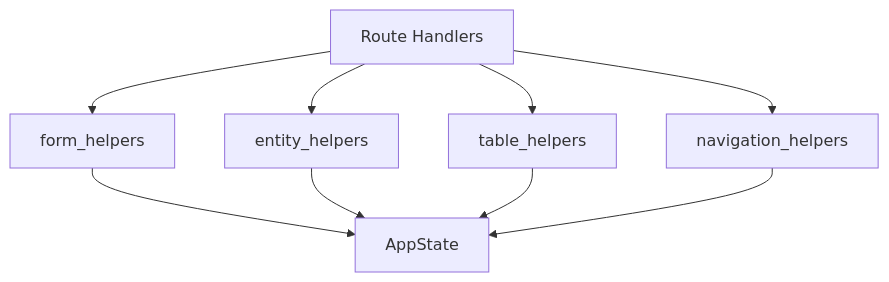
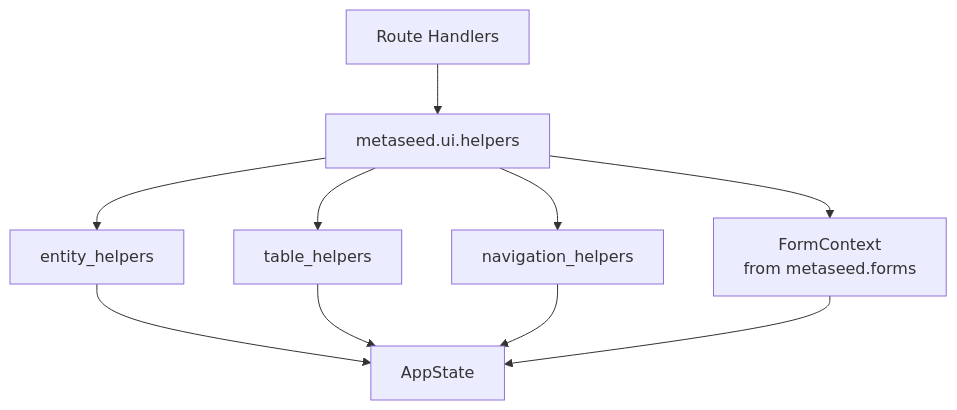
Before and after one commit to sorenwacker/metaseed: the diagram in docs/architecture/ui-helpers.md, drawn with Mermaid. The commit also changed other lines of this file and 32 other files, not shown here.

````diff
--- a/docs/architecture/ui-helpers.md
+++ b/docs/architecture/ui-helpers.md
@@ -5,12 +5,13 @@
 ```mermaid
 graph TD
-    Routes[Route Handlers] --> FH[form_helpers]
-    Routes --> EH[entity_helpers]
-    Routes --> TH[table_helpers]
-    Routes --> NH[navigation_helpers]
+    Routes[Route Handlers] --> H[metaseed.ui.helpers]
+    H --> EH[entity_helpers]
+    H --> TH[table_helpers]
+    H --> NH[navigation_helpers]
+    H --> FC[FormContext<br/>from metaseed.forms]
 
-    FH --> State[AppState]
-    EH --> State
+    EH --> State[AppState]
     TH --> State
     NH --> State
+    FC --> State
 ```
````
